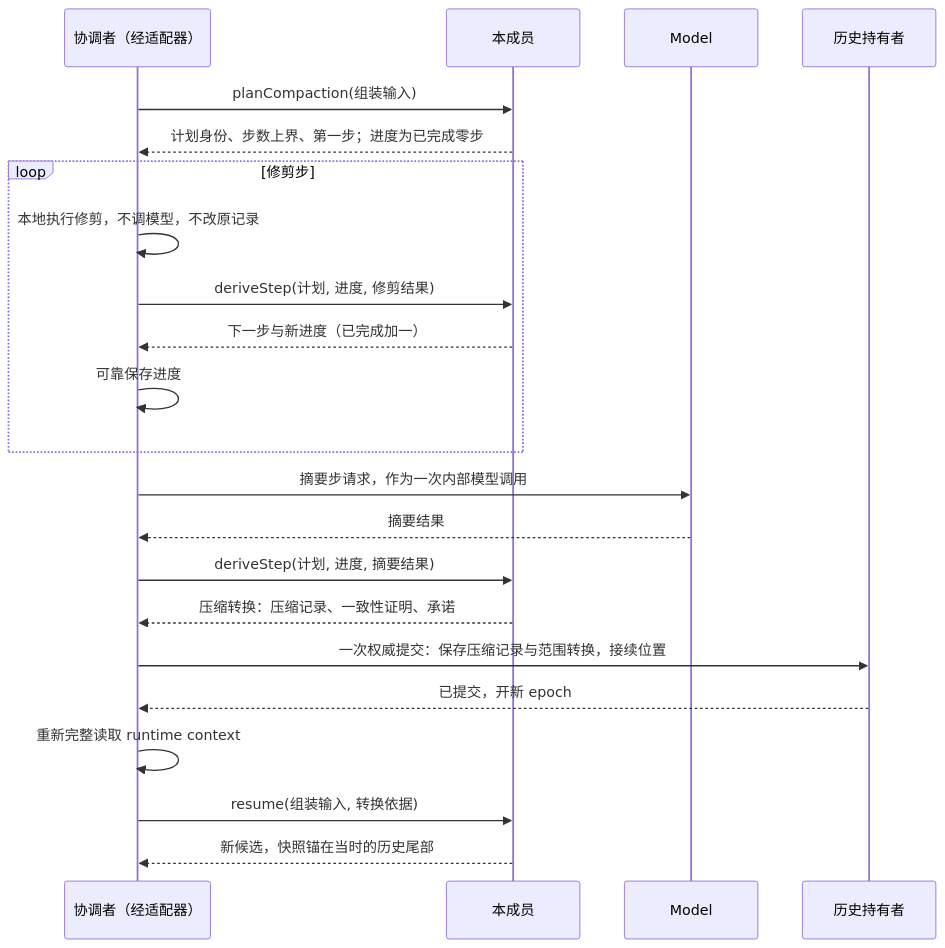
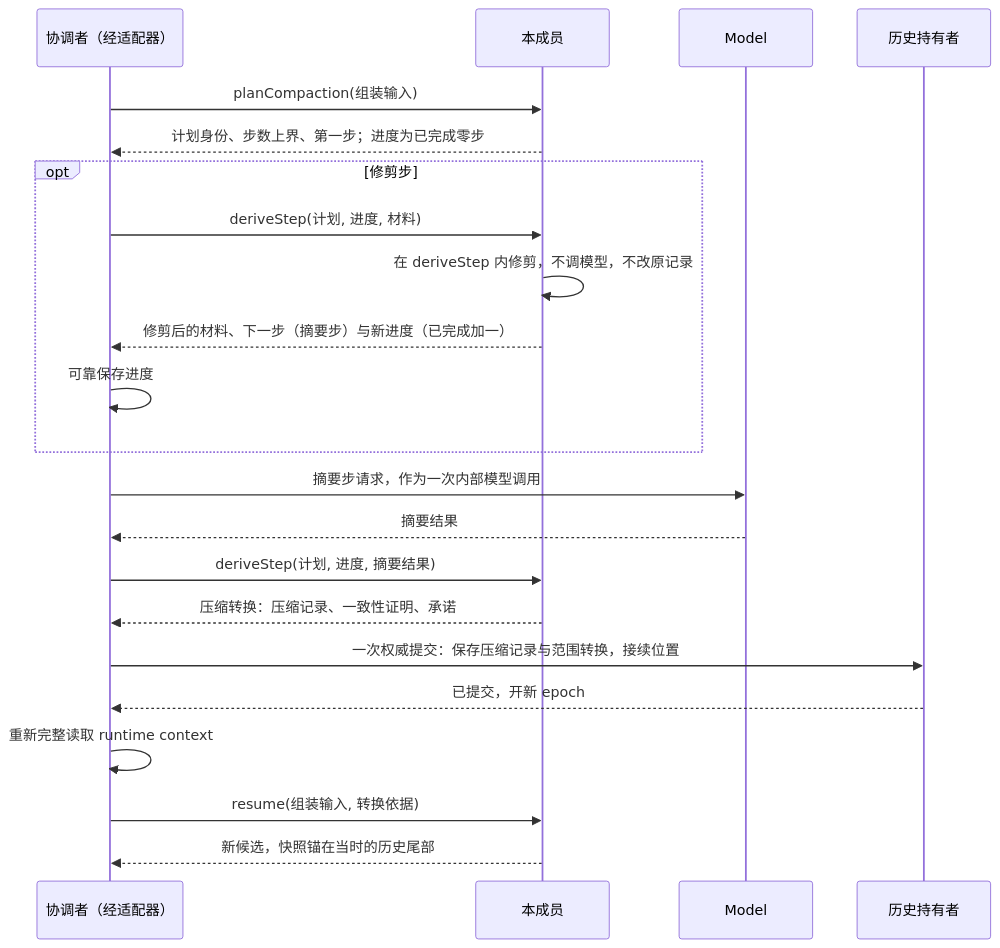
Before and after one commit to nemori-ai/omne-harness-lite: the third of 6 diagrams in packages/context/request-context-contract/docs/flows.md, drawn with Mermaid. The commit also changed other lines of this file and 70 other files, not shown here.

````diff
--- a/packages/context/request-context-contract/docs/flows.md
+++ b/packages/context/request-context-contract/docs/flows.md
@@ -88,24 +88,24 @@
 ```mermaid
 sequenceDiagram
   participant C as 协调者（经适配器）
   participant R as 本成员
   participant M as Model
   participant H as 历史持有者
   C->>R: planCompaction(组装输入)
   R-->>C: 计划身份、步数上界、第一步；进度为已完成零步
-  loop 修剪步
-    C->>C: 本地执行修剪，不调模型，不改原记录
-    C->>R: deriveStep(计划, 进度, 修剪结果)
-    R-->>C: 下一步与新进度（已完成加一）
+  opt 修剪步
+    C->>R: deriveStep(计划, 进度, 材料)
+    R->>R: 在 deriveStep 内修剪，不调模型，不改原记录
+    R-->>C: 修剪后的材料、下一步（摘要步）与新进度（已完成加一）
     C->>C: 可靠保存进度
   end
   C->>M: 摘要步请求，作为一次内部模型调用
   M-->>C: 摘要结果
   C->>R: deriveStep(计划, 进度, 摘要结果)
   R-->>C: 压缩转换：压缩记录、一致性证明、承诺
   C->>H: 一次权威提交：保存压缩记录与范围转换，接续位置
   H-->>C: 已提交，开新 epoch
   C->>C: 重新完整读取 runtime context
   C->>R: resume(组装输入, 转换依据)
   R-->>C: 新候选，快照锚在当时的历史尾部
 ```
````
